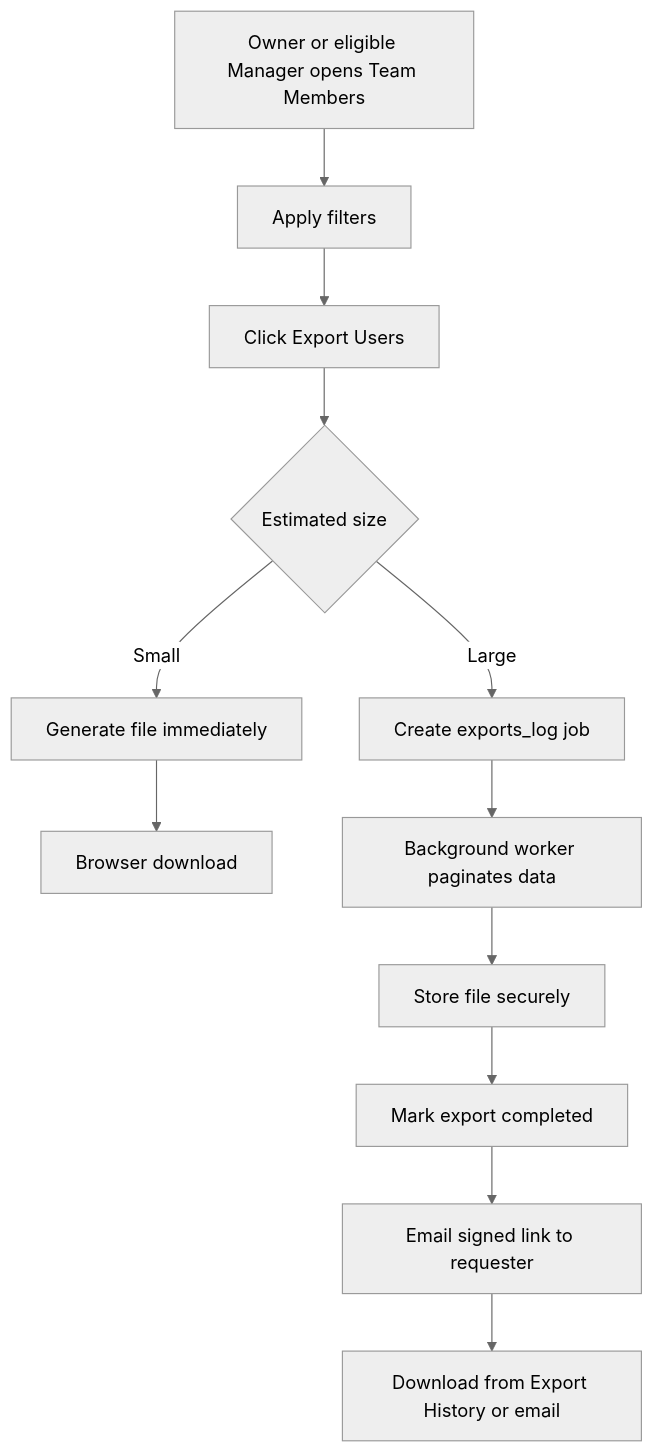
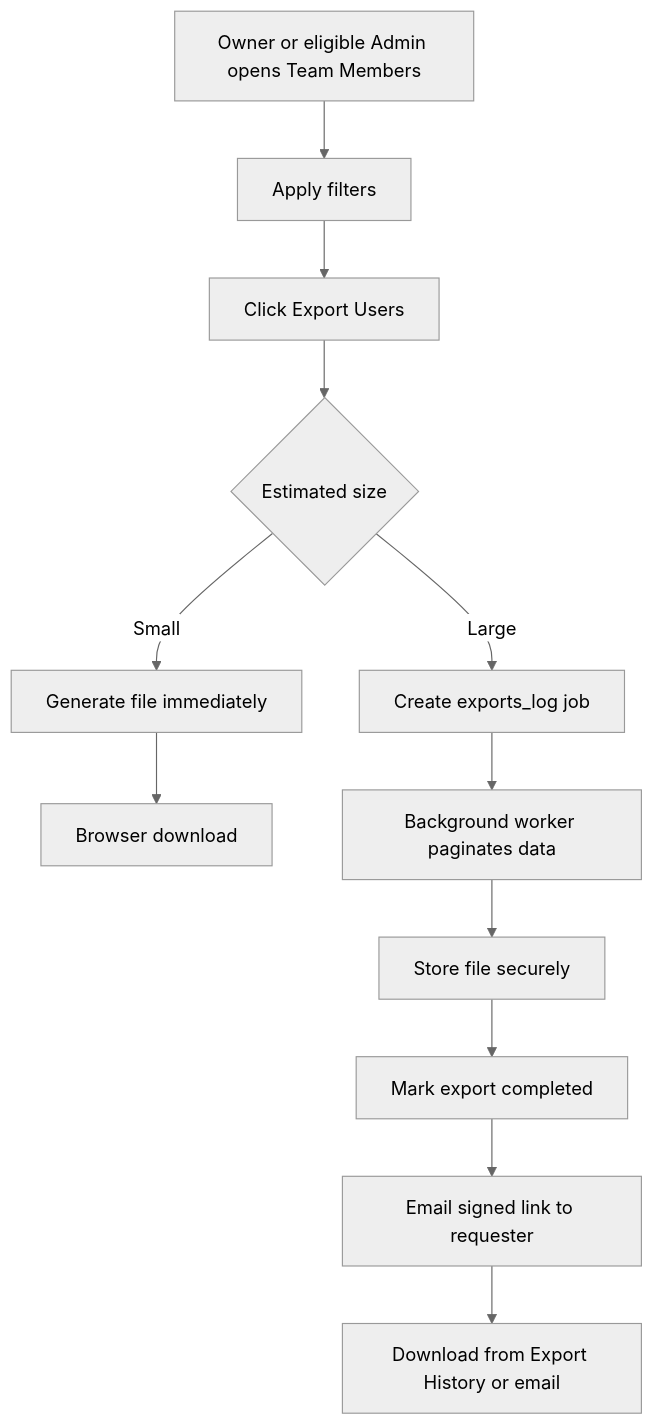
Before and after one commit to Rahul-pamula/ShrFlow: diagram 15 of 21 in docs/phases/phase_wise_plan.md, drawn with Mermaid (neutral theme). The commit also changed other lines of this file, not shown here.

````diff
--- a/docs/phases/phase_wise_plan.md
+++ b/docs/phases/phase_wise_plan.md
@@ -1720,14 +1857,14 @@
 ```mermaid
 flowchart TD
-    A[Owner or eligible Manager opens Team Members] --> B[Apply filters]
+    A[Owner or eligible Admin opens Team Members] --> B[Apply filters]
     B --> C[Click Export Users]
     C --> D{Estimated size}
     D -->|Small| E[Generate file immediately]
     D -->|Large| F[Create exports_log job]
     E --> G[Browser download]
     F --> H[Background worker paginates data]
     H --> I[Store file securely]
     I --> J[Mark export completed]
     J --> K[Email signed link to requester]
     K --> L[Download from Export History or email]
 ```
````
